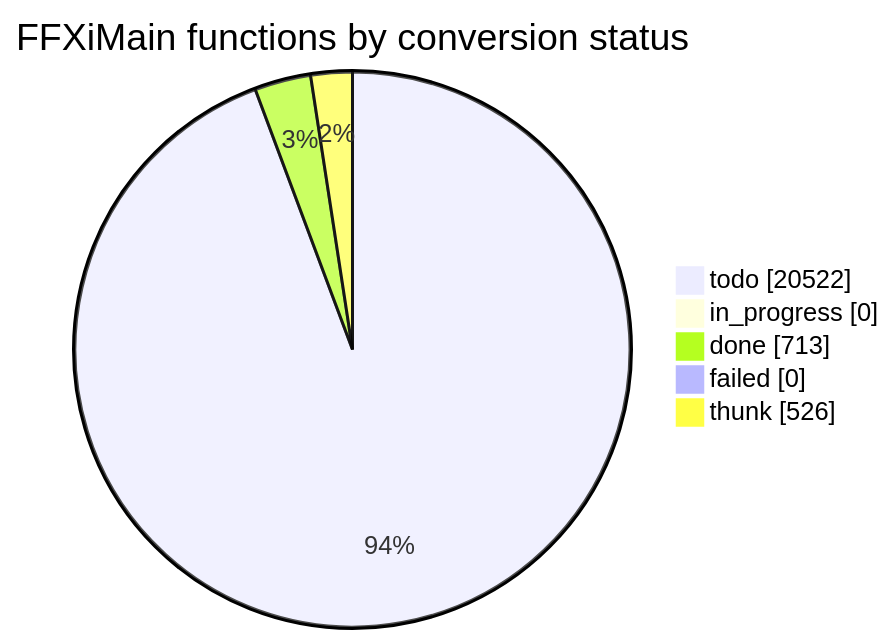
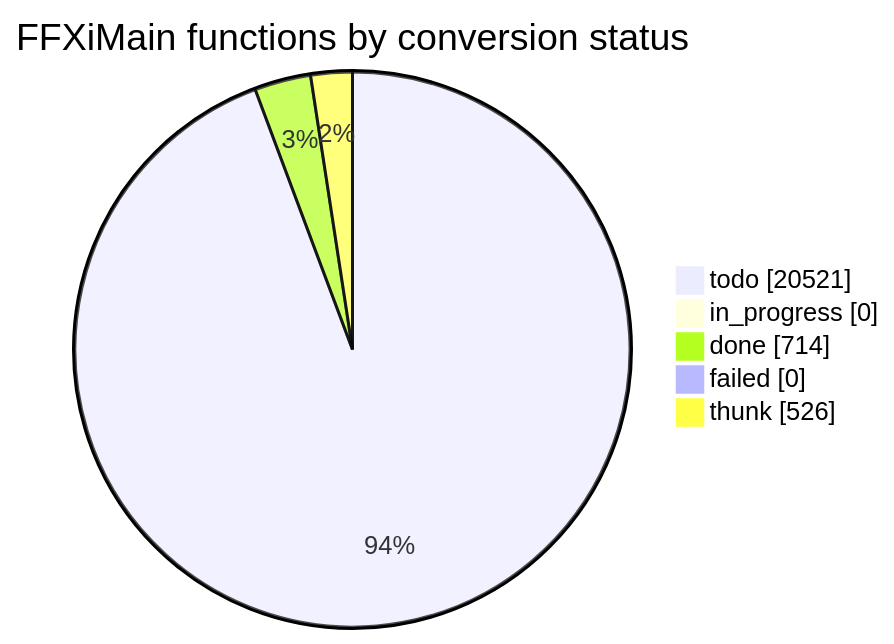
Before and after one commit to cowrevenge/cow_kuluu_xi_anything: the diagram in docs/cow/STATUS.md, drawn with Mermaid. The commit also changed other lines of this file and 9 other files, not shown here.

````diff
--- a/docs/cow/STATUS.md
+++ b/docs/cow/STATUS.md
@@ -18,9 +18,9 @@
 ```mermaid
 pie showData
     title FFXiMain functions by conversion status
-    "todo" : 20522
+    "todo" : 20521
     "in_progress" : 0
-    "done" : 713
+    "done" : 714
     "failed" : 0
     "thunk" : 526
 ```
````
